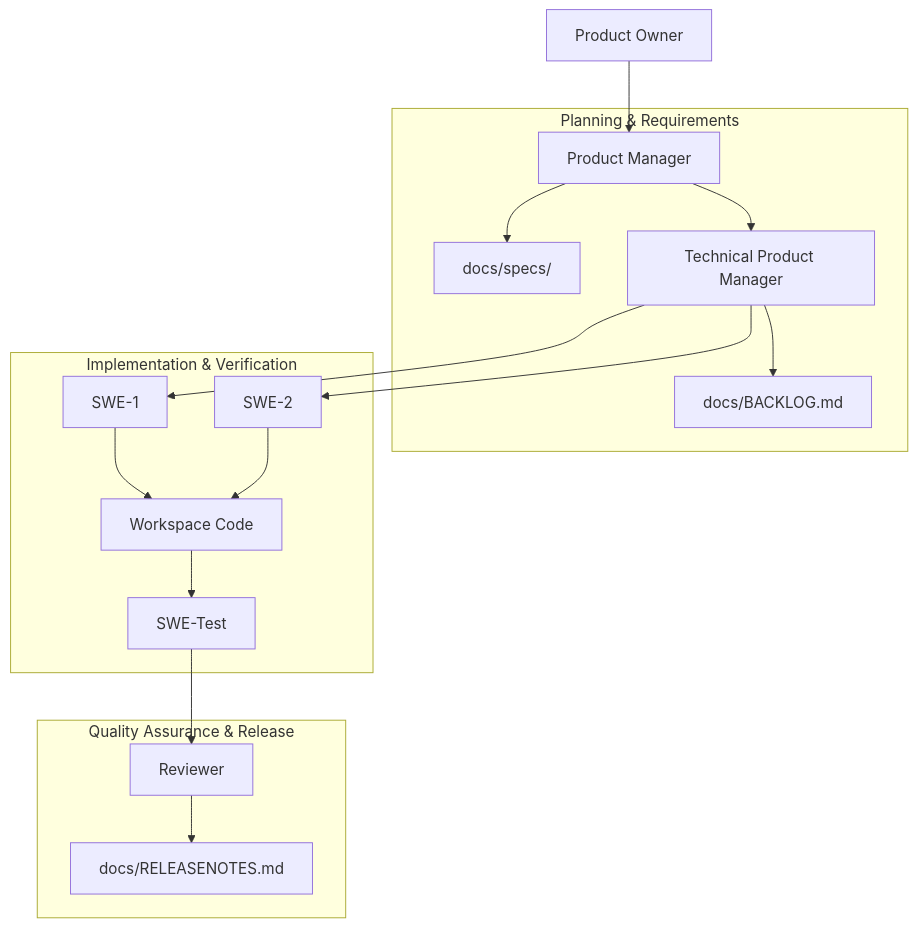
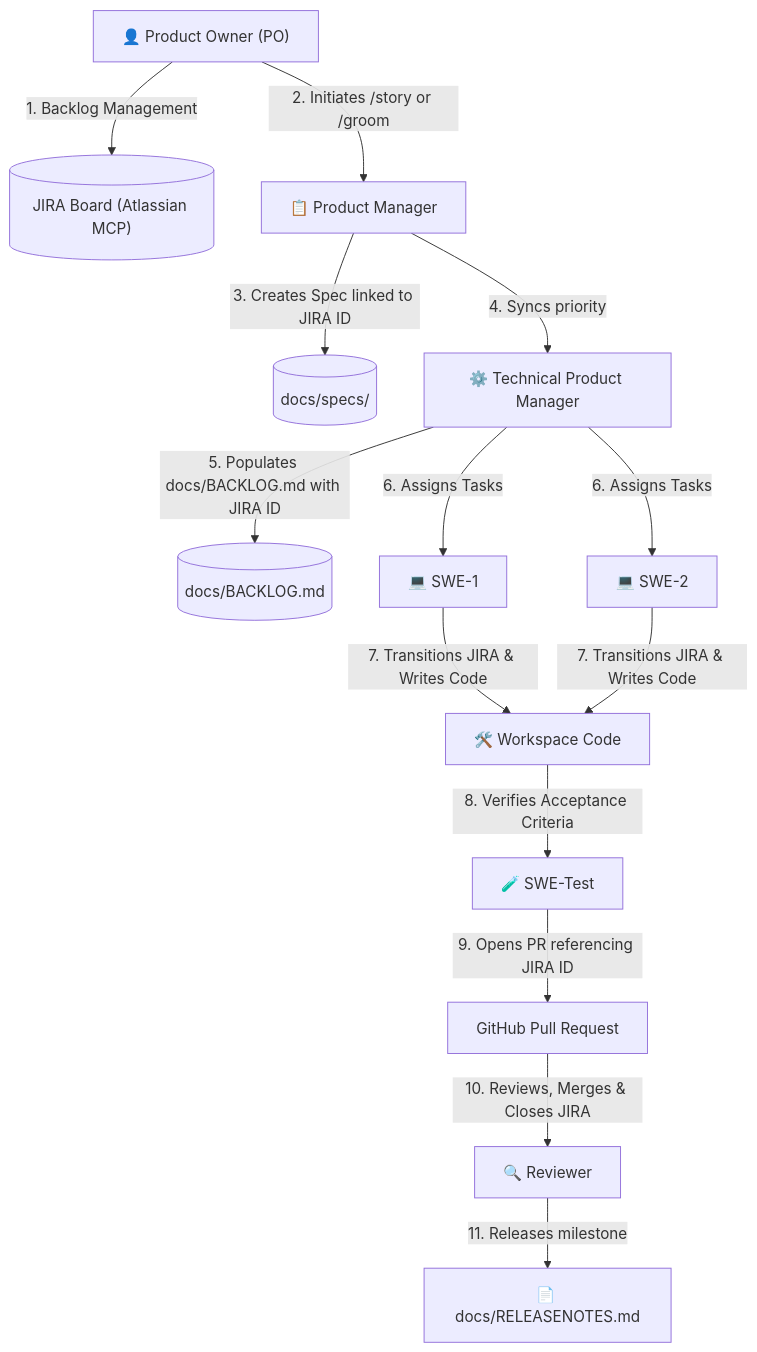
Before and after one commit to gitrey/scion-appteam: the diagram in README.md, drawn with Mermaid. The commit also changed other lines of this file, not shown here.

First line of the commit message:
docs(readme): update with Product Owner (PO) agent and JIRA MCP integration

````diff
--- a/README.md
+++ b/README.md
@@ -37,23 +36,16 @@
 ```mermaid
 graph TD
-    PO[Product Owner] --> PM[Product Manager]
-    
-    subgraph "Planning & Requirements"
-        PM --> Spec["docs/specs/"]
-        PM --> TPM[Technical Product Manager]
-        TPM --> Backlog["docs/BACKLOG.md"]
-    end
-    
-    subgraph "Implementation & Verification"
-        TPM --> SWE1[SWE-1]
-        TPM --> SWE2[SWE-2]
-        SWE1 --> Codebase[Workspace Code]
-        SWE2 --> Codebase
-        Codebase --> Test[SWE-Test]
-    end
-    
-    subgraph "Quality Assurance & Release"
-        Test --> Reviewer[Reviewer]
-        Reviewer --> Release["docs/RELEASENOTES.md"]
-    end
+    PO["👤 Product Owner (PO)"] -->|1. Backlog Management| JIRA[("JIRA Board (Atlassian MCP)")]
+    PO -->|2. Initiates /story or /groom| PM["📋 Product Manager"]
+    PM -->|3. Creates Spec linked to JIRA ID| Spec[("docs/specs/")]
+    PM -->|4. Syncs priority| TPM["⚙️ Technical Product Manager"]
+    TPM -->|5. Populates docs/BACKLOG.md with JIRA ID| Backlog[("docs/BACKLOG.md")]
+    TPM -->|6. Assigns Tasks| SWE1["💻 SWE-1"]
+    TPM -->|6. Assigns Tasks| SWE2["💻 SWE-2"]
+    SWE1 -->|7. Transitions JIRA & Writes Code| Codebase["🛠️ Workspace Code"]
+    SWE2 -->|7. Transitions JIRA & Writes Code| Codebase
+    Codebase -->|8. Verifies Acceptance Criteria| Test["🧪 SWE-Test"]
+    Test -->|9. Opens PR referencing JIRA ID| PR["GitHub Pull Request"]
+    PR -->|10. Reviews, Merges & Closes JIRA| Reviewer["🔍 Reviewer"]
+    Reviewer -->|11. Releases milestone| Release["📄 docs/RELEASENOTES.md"]
 ```
````
